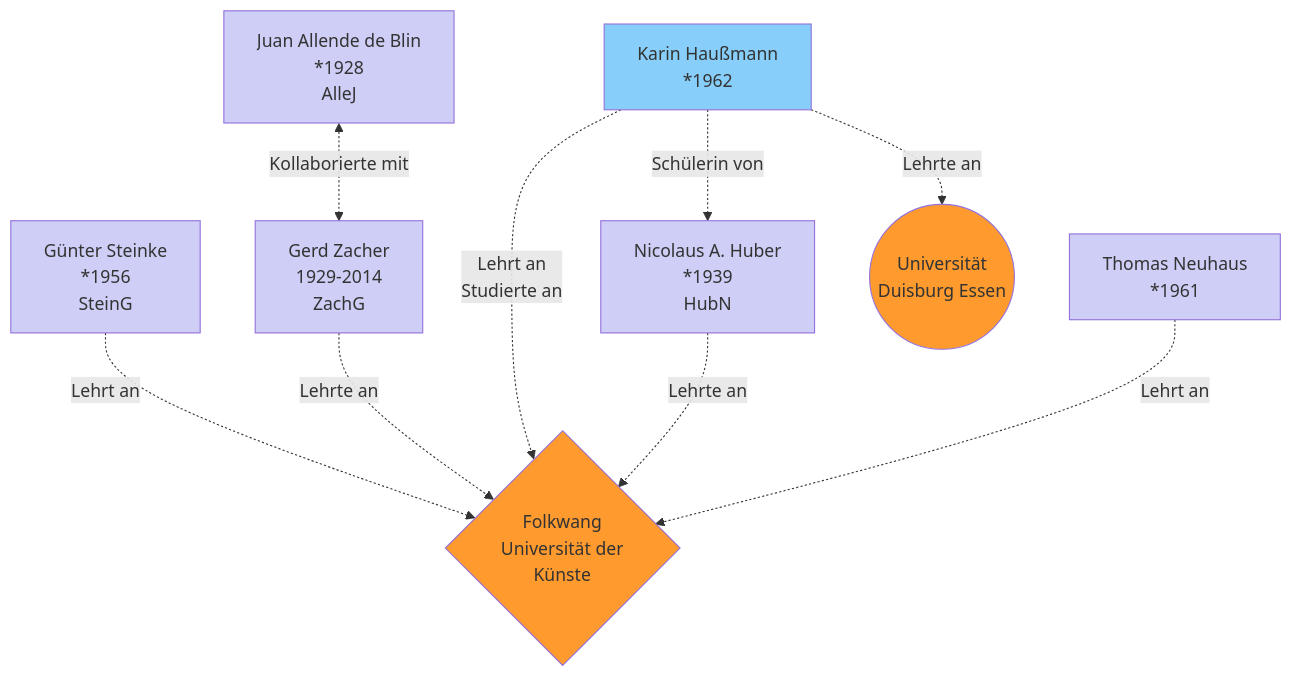
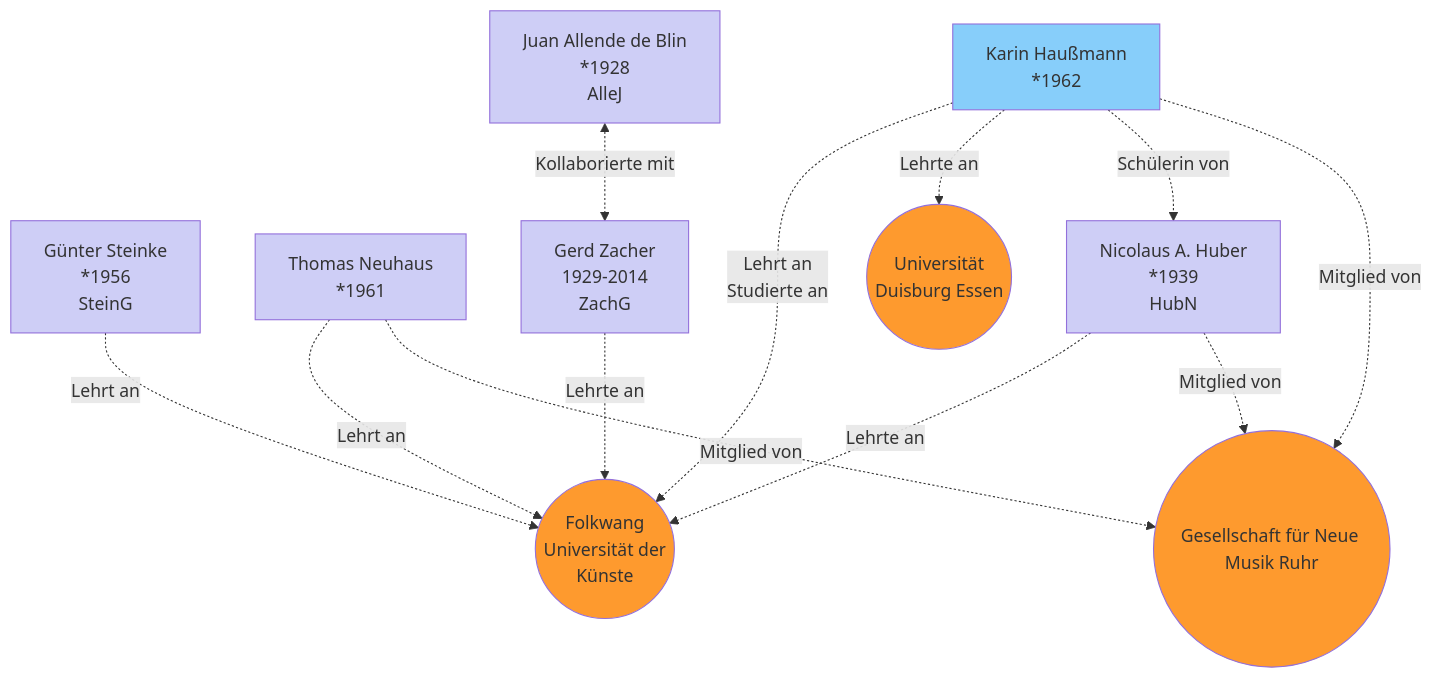
One commit to dinathelibrarian/KIR changed the first of 2 diagrams in kir_v1.0.md. Above: the diagram before and after it, drawn with Mermaid.

````diff
--- a/kir_v1.0.md
+++ b/kir_v1.0.md
@@ -2,27 +2,32 @@
 ```mermaid
 flowchart TD
 classDef Werk fill:#A9F5F2;
 classDef Person_w fill:#87CEFA;
 classDef Ort fill:#A9A9F5;
 classDef Sammlung fill:#F781D8;
 classDef Person_m fill:#CECEF6;
 classDef Institution fill:#FE9A2E;
 a_de-blin[Juan Allende de Blin<br>*1928<br>AlleJ]:::Person_m;
 g_steinke[Günter Steinke<br>*1956<br>SteinG]:::Person_m;
 th_neuhaus[Thomas Neuhaus<br>*1961]:::Person_m;
 g_zacher[Gerd Zacher<br>1929-2014<br>ZachG]:::Person_m;
 k_haussmann[Karin Haußmann<br>*1962]:::Person_w;
 na_huber[Nicolaus A. Huber<br>*1939<br>HubN]:::Person_m;
 
-Folkwang{Folkwang <br>Universität der<br> Künste}:::Institution
+Folkwang((Folkwang <br>Universität der<br> Künste)):::Institution
 UDE((Universität<br>Duisburg Essen)):::Institution
+GNMR((Gesellschaft für Neue Musik Ruhr)):::Institution
 
 a_de-blin <-.->|Kollaborierte mit| g_zacher
 g_steinke -.->|Lehrt an| Folkwang
 g_zacher -.->|Lehrte an| Folkwang
 k_haussmann -.->|Lehrt an<br>Studierte an| Folkwang
 k_haussmann -.->|Lehrte an| UDE
 k_haussmann -.->|Schülerin von| na_huber
+k_haussmann -.->|Mitglied von| GNMR
 na_huber -.->|Lehrte an| Folkwang
 th_neuhaus -.->|Lehrt an| Folkwang
+th_neuhaus -.->|Mitglied von| GNMR
+na_huber -.->|Mitglied von| GNMR
+
 ```
````
